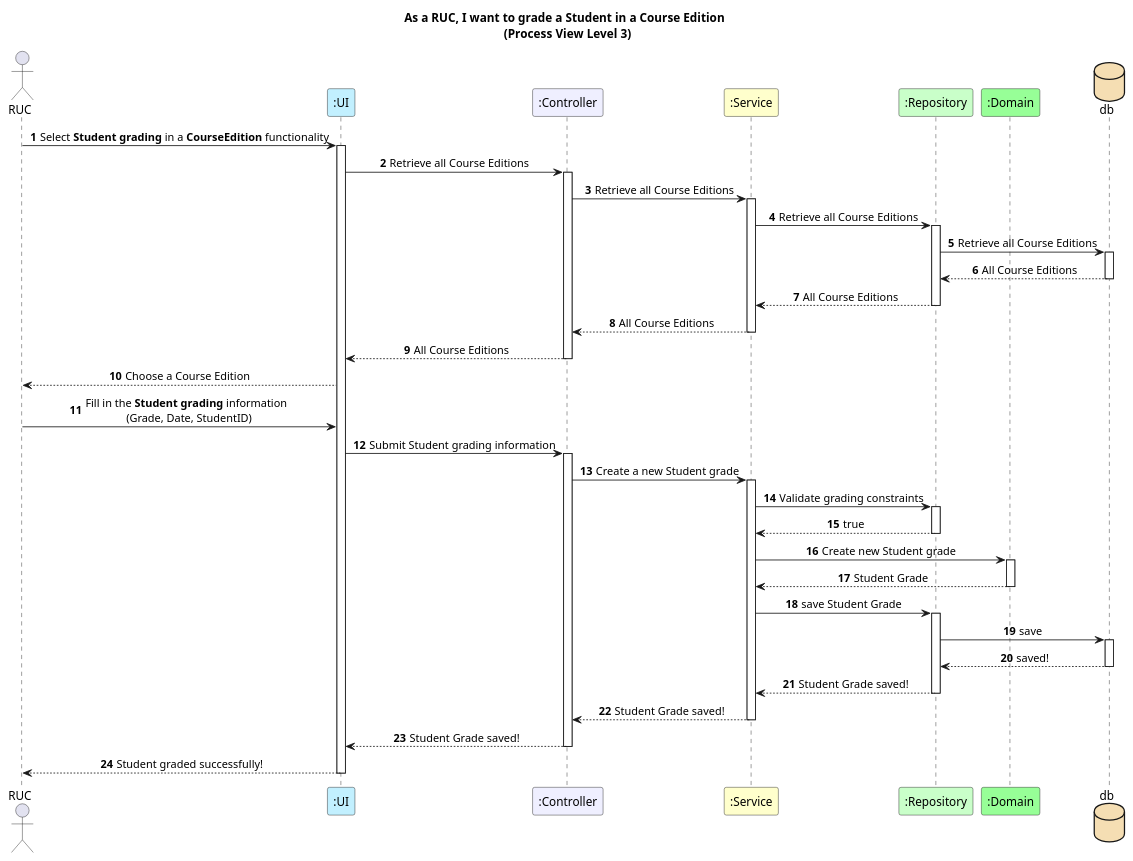
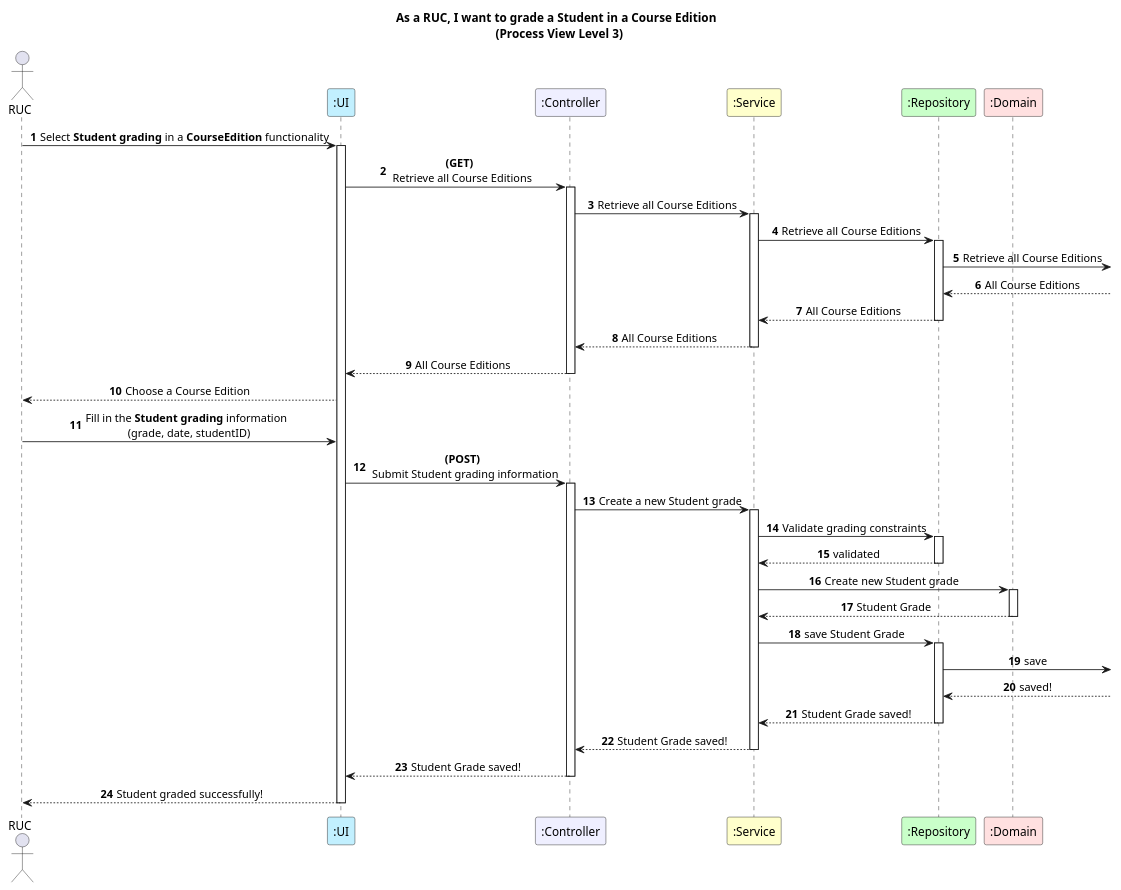
Before and after one commit to GasparISEP/DevOps-PAI: the diagram in docs/US22/REST_API/ProcessView/Level3.puml, drawn with PlantUML. The commit also changed 7 other files, not shown here.

First line of the commit message:
Refs #560: Change sprint6-related diagrams (ProcessView and ClassDiagram) from US22

```diff
--- a/docs/US22/REST_API/ProcessView/Level3.puml
+++ b/docs/US22/REST_API/ProcessView/Level3.puml
@@ -1,74 +1,70 @@
 @startuml
 
 autonumber
 title As a RUC, I want to grade a Student in a Course Edition \n (Process View Level 3)
 skinparam sequencemessagealign center
 autonumber
 
 actor RUC
 participant ":UI" as ui #application
 participant ":Controller" as controller #motivation
 participant ":Service" as service #business
 participant ":Repository" as repo #technology
-participant ":Domain" as domain #physical
-database db #wheat
+participant ":Domain" as domain #implementation
 
 RUC -> ui : Select **Student grading** in a **CourseEdition** functionality
 activate ui
-ui -> controller : Retrieve all Course Editions
+ui -> controller : **(GET)** \n Retrieve all Course Editions
 activate controller
 controller -> service : Retrieve all Course Editions
 activate service
 service -> repo : Retrieve all Course Editions
 activate repo
-repo -> db : Retrieve all Course Editions
-activate db
-db --> repo : All Course Editions
-deactivate db
+repo ->  : Retrieve all Course Editions
+repo <--  : All Course Editions
+
 repo --> service : All Course Editions
 deactivate repo
 service --> controller : All Course Editions
 deactivate service
 controller --> ui : All Course Editions
 deactivate controller
 
 
 ui --> RUC : Choose a Course Edition
 
-RUC -> ui : Fill in the **Student grading** information \n (Grade, Date, StudentID)
+RUC -> ui : Fill in the **Student grading** information \n (grade, date, studentID)
 
-ui -> controller : Submit Student grading information
+ui -> controller : **(POST)** \n Submit Student grading information
 
 activate controller
 controller -> service : Create a new Student grade
 
 activate service
 service -> repo : Validate grading constraints
 activate repo
-repo --> service : true
+repo --> service : validated
 deactivate repo
 
 service -> domain : Create new Student grade
 activate domain
 domain --> service : Student Grade
 deactivate domain
 
 service -> repo : save Student Grade
 activate repo
-repo -> db : save
-activate db
-db --> repo : saved!
-deactivate db
+repo -> : save
+repo <--  : saved!
 repo --> service : Student Grade saved!
 deactivate repo
 
 service --> controller : Student Grade saved!
 deactivate service
 
 controller --> ui : Student Grade saved!
 deactivate controller
 
 ui --> RUC : Student graded successfully!
 deactivate ui
 
 @enduml
```
